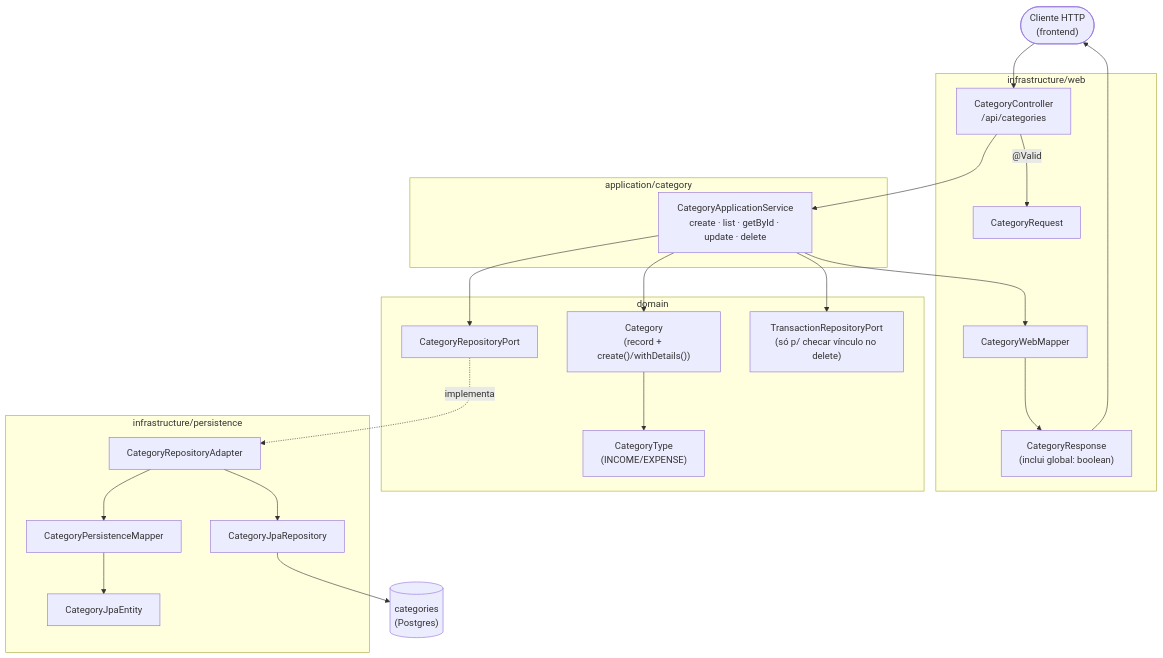
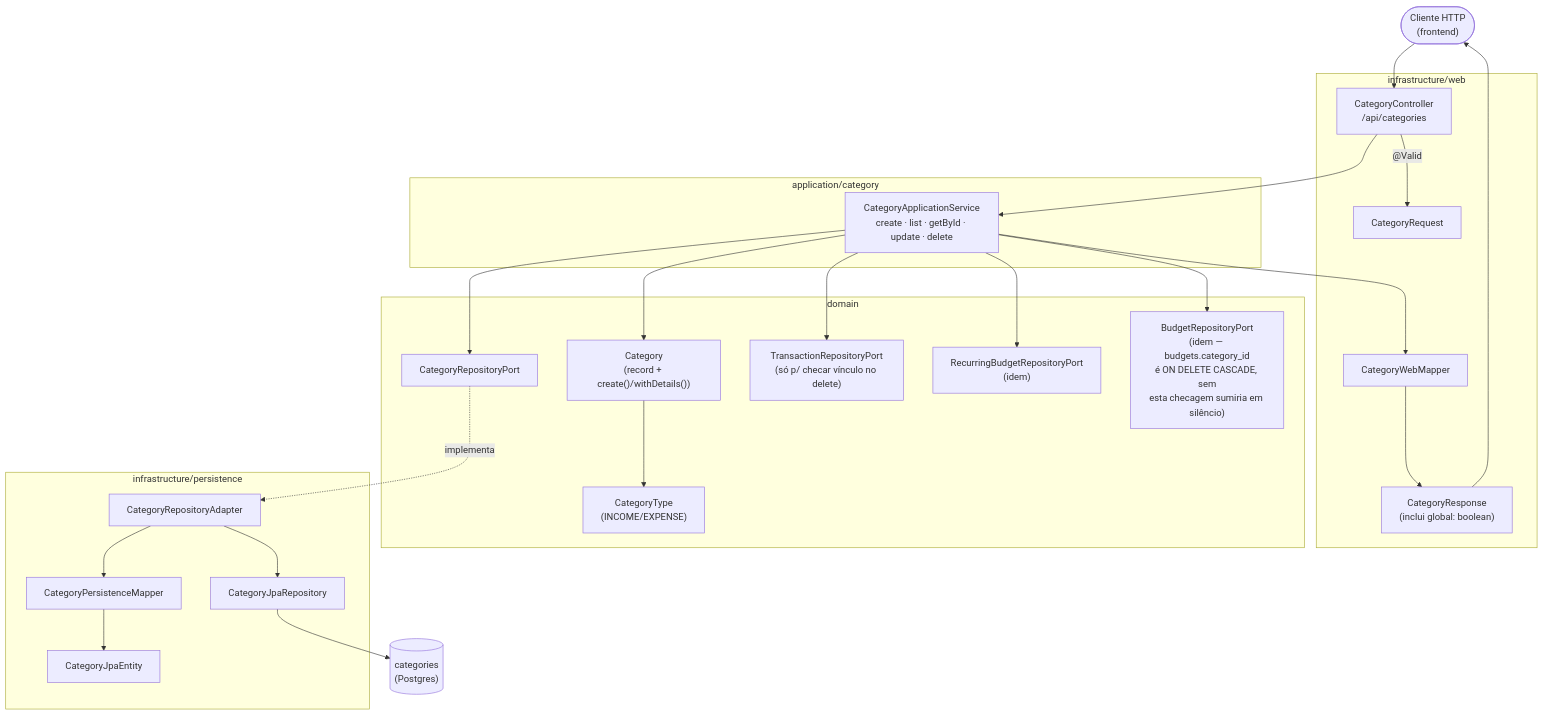
Before and after one commit to leozztto/LmfFinPro: the second of 4 diagrams in docs/tecnica/fluxo-categorias.md, drawn with Mermaid. The commit also changed other lines of this file and 44 other files, not shown here.

````diff
--- a/docs/tecnica/fluxo-categorias.md
+++ b/docs/tecnica/fluxo-categorias.md
@@ -57,46 +57,50 @@
 ```mermaid
 flowchart TD
     Client(["Cliente HTTP\n(frontend)"]) --> Controller
 
     subgraph web["infrastructure/web"]
         Controller["CategoryController\n/api/categories"]
         ReqDTO["CategoryRequest"]
         RespDTO["CategoryResponse\n(inclui global: boolean)"]
         WebMapper["CategoryWebMapper"]
     end
 
     subgraph application["application/category"]
         Service["CategoryApplicationService\ncreate · list · getById · update · delete"]
     end
 
     subgraph domain["domain"]
         Model["Category\n(record + create()/withDetails())"]
         Type["CategoryType\n(INCOME/EXPENSE)"]
         Port["CategoryRepositoryPort"]
         TxPort["TransactionRepositoryPort\n(só p/ checar vínculo no delete)"]
+        RecBudgetPort["RecurringBudgetRepositoryPort\n(idem)"]
+        BudgetPort["BudgetRepositoryPort\n(idem — budgets.category_id\né ON DELETE CASCADE, sem\nesta checagem sumiria em silêncio)"]
     end
 
     subgraph infra["infrastructure/persistence"]
         Adapter["CategoryRepositoryAdapter"]
         PMapper["CategoryPersistenceMapper"]
         JpaRepo["CategoryJpaRepository"]
         Entity["CategoryJpaEntity"]
     end
 
     DB[("categories\n(Postgres)")]
 
     Controller -- "@Valid" --> ReqDTO
     Controller --> Service
     Service --> Model
     Model --> Type
     Service --> Port
     Service --> TxPort
+    Service --> RecBudgetPort
+    Service --> BudgetPort
     Port -.->|implementa| Adapter
     Adapter --> PMapper
     Adapter --> JpaRepo
     PMapper --> Entity
     JpaRepo --> DB
     Service --> WebMapper
     WebMapper --> RespDTO
     RespDTO --> Client
 ```
````
